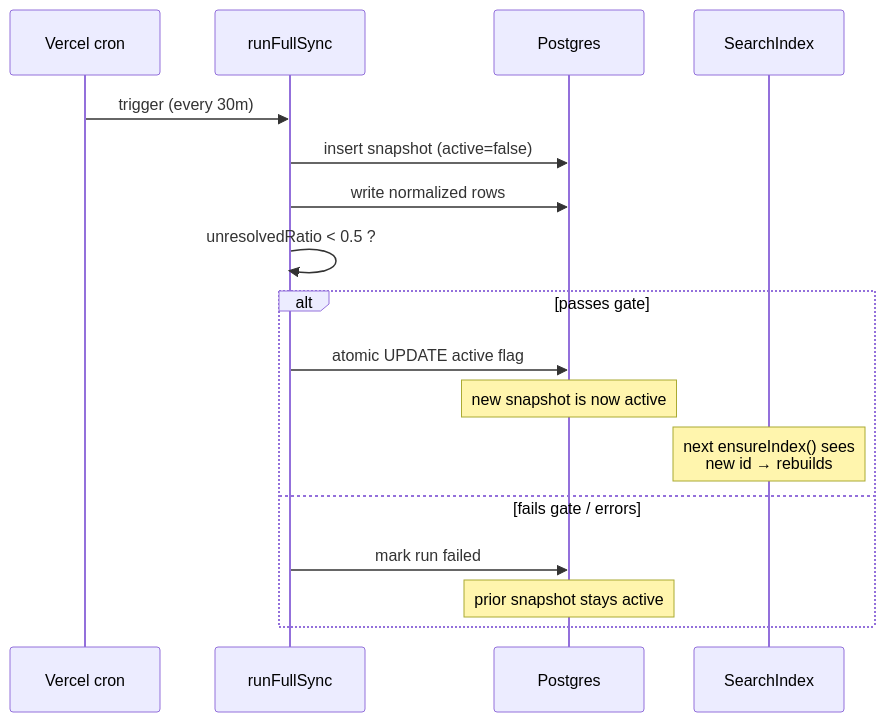
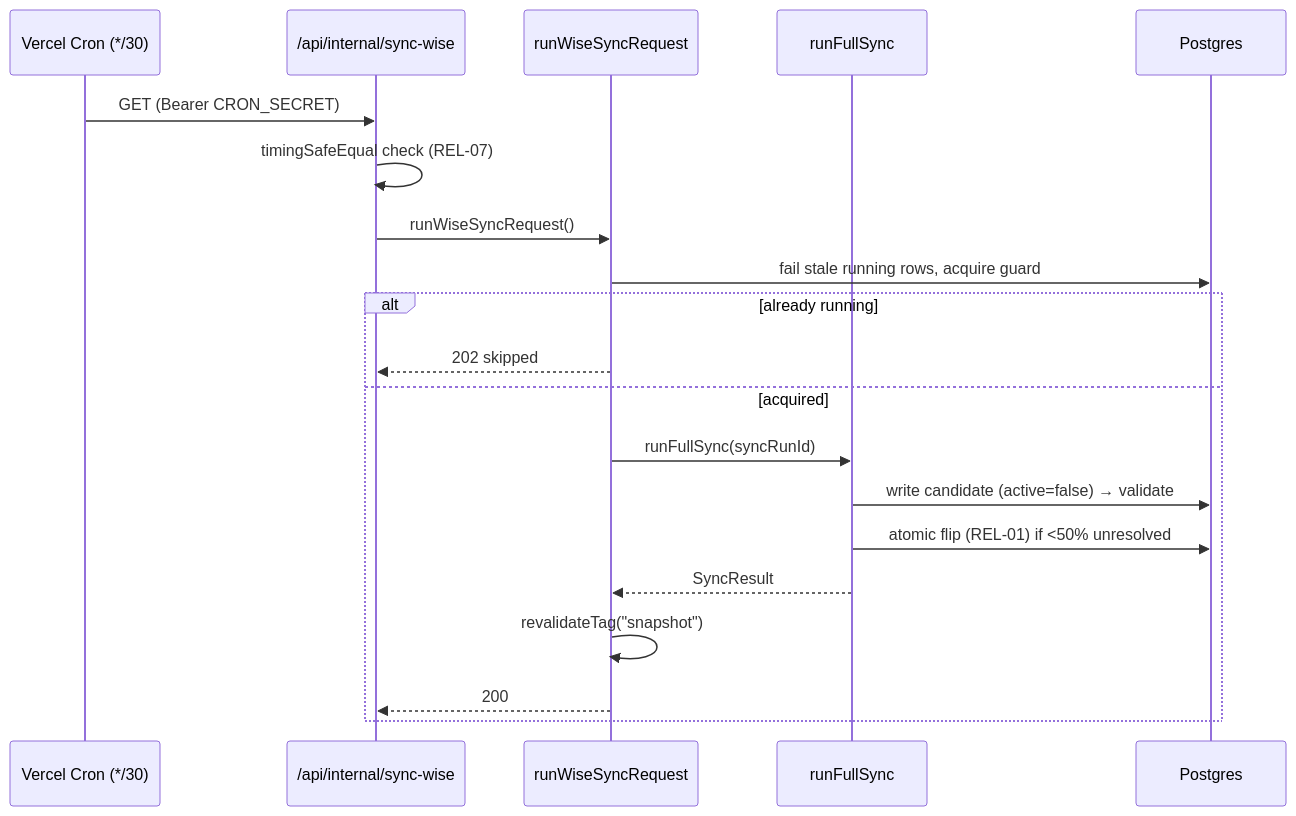
Before and after one commit to kasheesh711/bgscheduler: the second of 2 diagrams in docs/handbook/not-the-nextjs-you-know.md, drawn with Mermaid. The commit also changed other lines of this file and 63 other files, not shown here.

````diff
--- a/docs/handbook/not-the-nextjs-you-know.md
+++ b/docs/handbook/not-the-nextjs-you-know.md
@@ -144,19 +97,22 @@
 ```mermaid
 sequenceDiagram
-  participant Cron as Vercel cron
+  participant Cron as Vercel Cron (*/30)
+  participant Route as /api/internal/sync-wise
+  participant Guard as runWiseSyncRequest
   participant Orch as runFullSync
-  participant PG as Postgres
-  participant IDX as SearchIndex
-  Cron->>Orch: trigger (every 30m)
-  Orch->>PG: insert snapshot (active=false)
-  Orch->>PG: write normalized rows
-  Orch->>Orch: unresolvedRatio < 0.5 ?
-  alt passes gate
-    Orch->>PG: atomic UPDATE active flag
-    Note over PG: new snapshot is now active
-    Note over IDX: next ensureIndex() sees<br/>new id → rebuilds
-  else fails gate / errors
-    Orch->>PG: mark run failed
-    Note over PG: prior snapshot stays active
+  participant DB as Postgres
+  Cron->>Route: GET (Bearer CRON_SECRET)
+  Route->>Route: timingSafeEqual check (REL-07)
+  Route->>Guard: runWiseSyncRequest()
+  Guard->>DB: fail stale running rows, acquire guard
+  alt already running
+    Guard-->>Route: 202 skipped
+  else acquired
+    Guard->>Orch: runFullSync(syncRunId)
+    Orch->>DB: write candidate (active=false) → validate
+    Orch->>DB: atomic flip (REL-01) if <50% unresolved
+    Orch-->>Guard: SyncResult
+    Guard->>Guard: revalidateTag("snapshot")
+    Guard-->>Route: 200
   end
 ```
````
